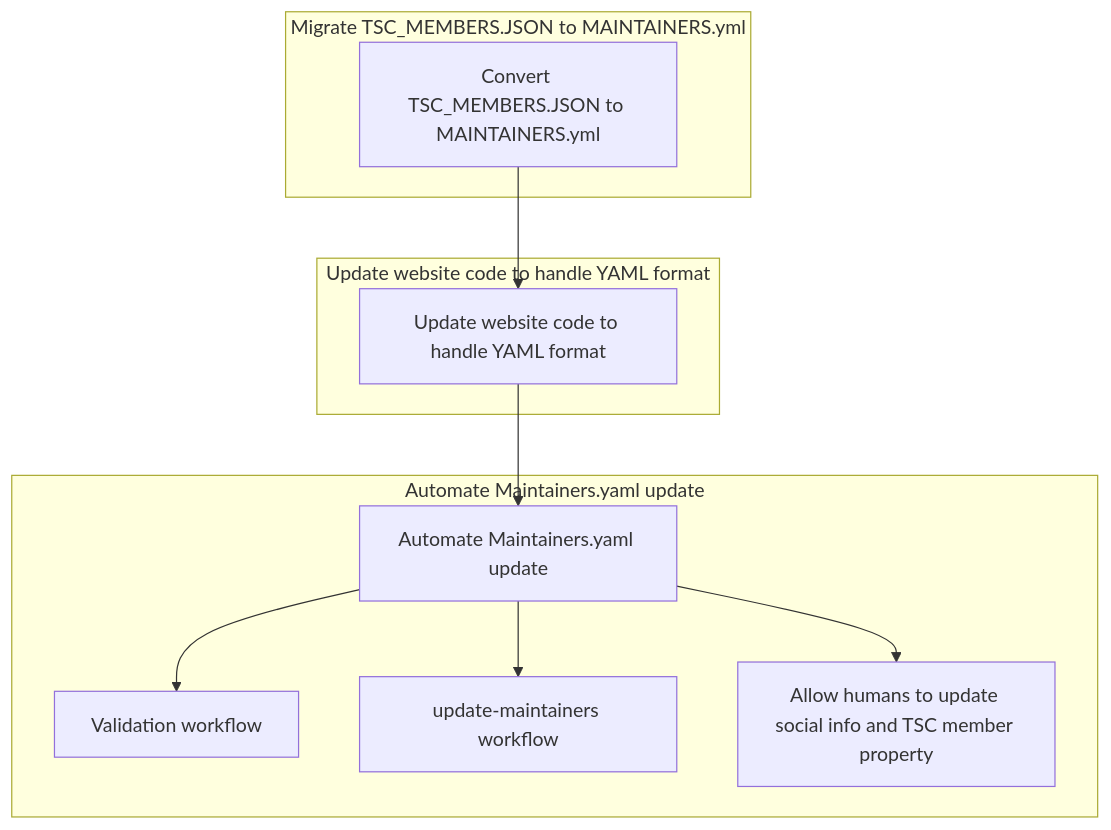
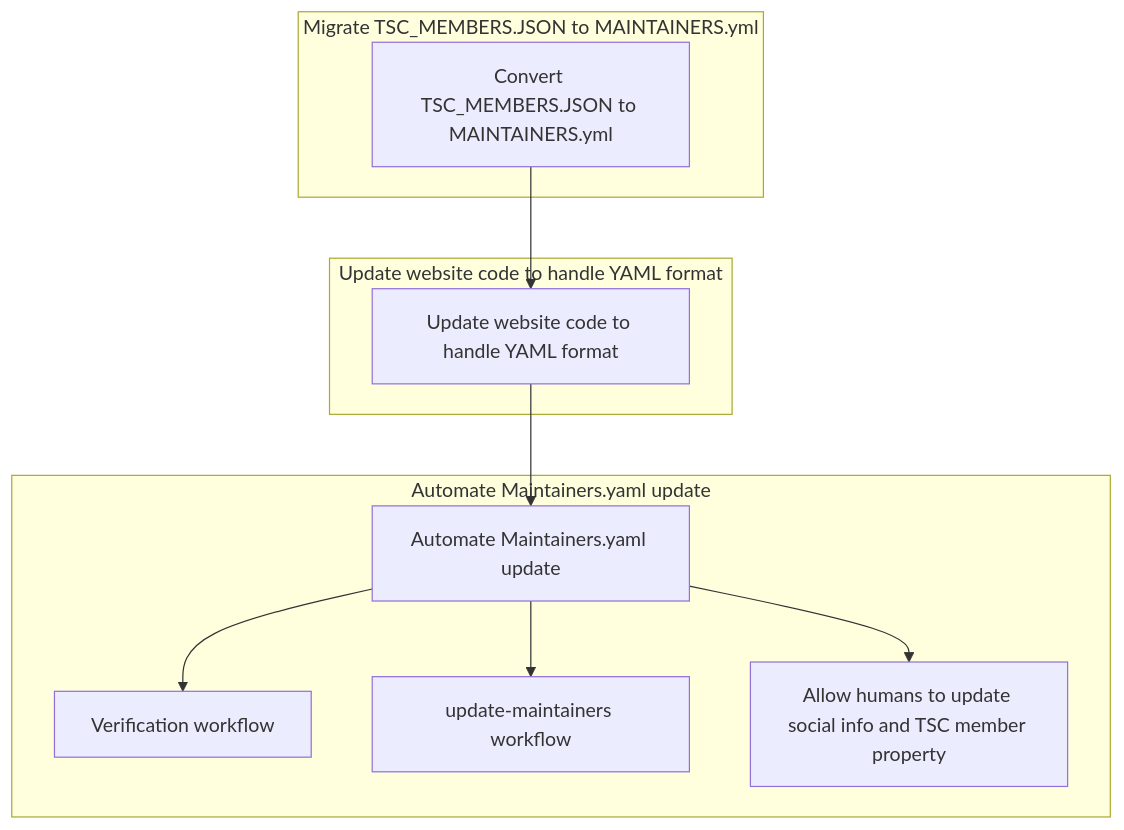
The first of 12 diagrams in mentorship/summerofcode/2023/workflowautomation/README.md (asyncapi/community), drawn with Mermaid before and after one commit. The commit also changed other lines of this file, not shown here.

Commit message:
changed workflow name

````diff
--- a/mentorship/summerofcode/2023/workflowautomation/README.md
+++ b/mentorship/summerofcode/2023/workflowautomation/README.md
@@ -7,24 +7,24 @@
 ```mermaid
 graph TD;
 
 subgraph Migrate TSC_MEMBERS.JSON to MAINTAINERS.yml
     A[Convert TSC_MEMBERS.JSON to MAINTAINERS.yml]
 end
 
 subgraph Update website code to handle YAML format
     B[Update website code to handle YAML format]
 end
 
 subgraph Automate Maintainers.yaml update
     C[Automate Maintainers.yaml update]
-    D[Validation workflow]
+    D[Verification workflow]
     E[update-maintainers workflow]
     F[Allow humans to update social info and TSC member property]
 end
 
 A --> B
 B --> C
 C --> D
 C --> E
 C --> F
 ```
````
